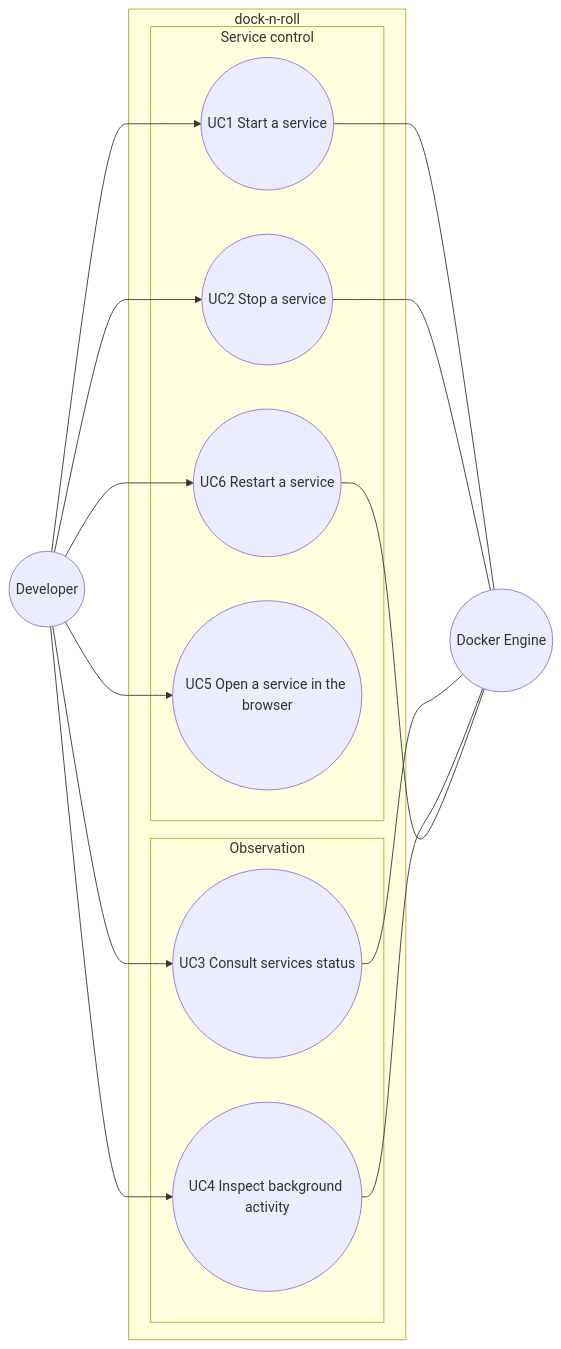
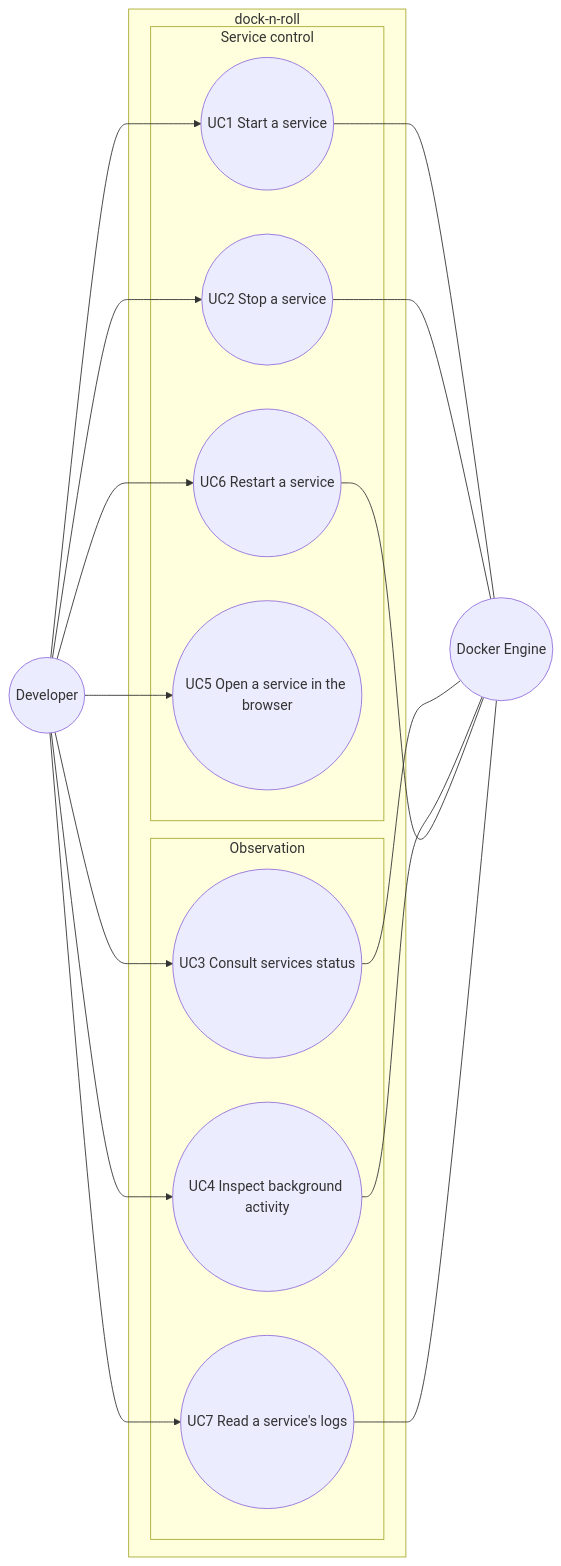
The diagram in docs/architecture/diagrams/launcher/01-use-case.md (benoit-bremaud/dock-n-roll), drawn with Mermaid before and after one commit. The commit also changed other lines of this file and 35 other files, not shown here.

First line of the commit message:
feat(logs): follow a service's logs in the dashboard (UC7) (#32)

````diff
--- a/docs/architecture/diagrams/launcher/01-use-case.md
+++ b/docs/architecture/diagrams/launcher/01-use-case.md
@@ -13,28 +13,31 @@
 ```mermaid
 flowchart LR
   Developer((Developer))
   DockerEngine((Docker Engine))
   subgraph SYSTEM ["dock-n-roll"]
     subgraph Control ["Service control"]
       UC1(("UC1 Start a service"))
       UC2(("UC2 Stop a service"))
       UC6(("UC6 Restart a service"))
       UC5(("UC5 Open a service in the browser"))
     end
     subgraph Observe ["Observation"]
       UC3(("UC3 Consult services status"))
       UC4(("UC4 Inspect background activity"))
+      UC7(("UC7 Read a service's logs"))
     end
   end
   Developer --> UC1
   Developer --> UC2
   Developer --> UC3
   Developer --> UC4
   Developer --> UC5
   Developer --> UC6
+  Developer --> UC7
   UC1 --- DockerEngine
   UC2 --- DockerEngine
   UC3 --- DockerEngine
   UC4 --- DockerEngine
   UC6 --- DockerEngine
+  UC7 --- DockerEngine
 ```
````
